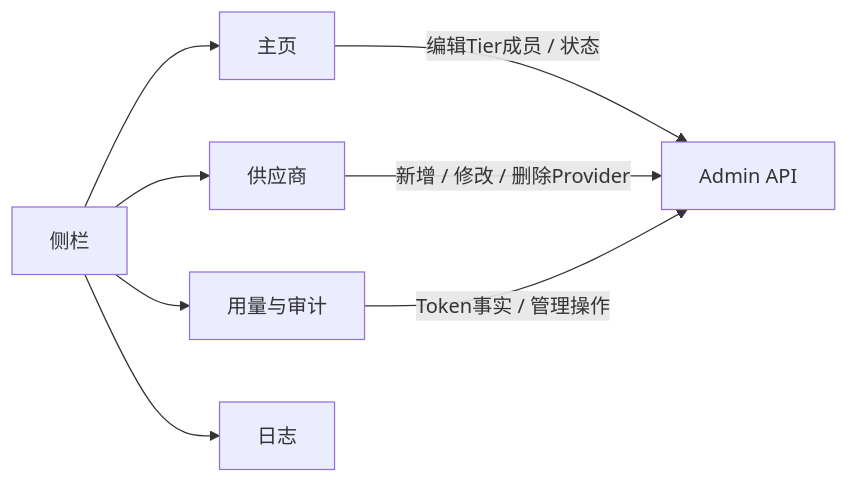
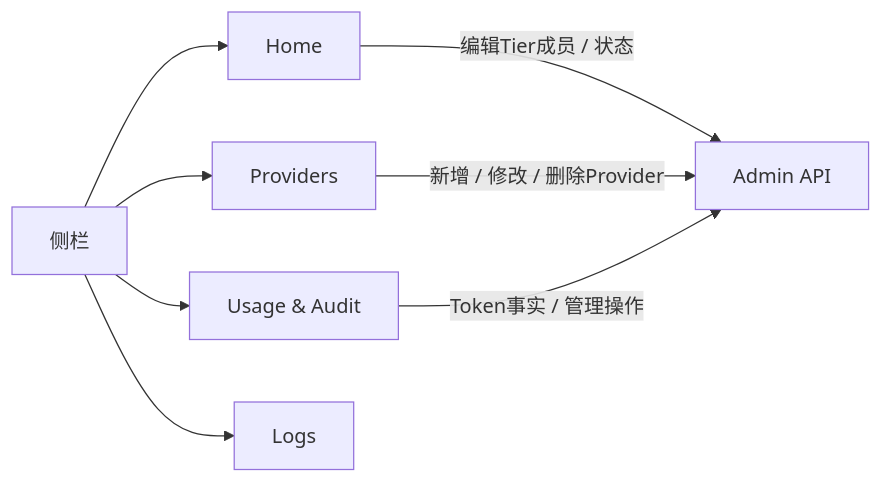
Before and after one commit to corezilla/LLMTier: the sixth of 6 diagrams in docs/20_system_design/llmtier-system-design.md, drawn with Mermaid. The commit also changed other lines of this file and 5 other files, not shown here.

````diff
--- a/docs/20_system_design/llmtier-system-design.md
+++ b/docs/20_system_design/llmtier-system-design.md
@@ -227,10 +227,10 @@
 ```mermaid
 flowchart LR
-  NAV[侧栏] --> HOME[主页]
-  NAV --> PROVIDERS[供应商]
-  NAV --> RECORDS[用量与审计]
-  NAV --> LOGUI[日志]
+  NAV[侧栏] --> HOME[Home]
+  NAV --> PROVIDERS[Providers]
+  NAV --> RECORDS[Usage & Audit]
+  NAV --> LOGUI[Logs]
   HOME -->|编辑Tier成员 / 状态| MAPI[Admin API]
   PROVIDERS -->|新增 / 修改 / 删除Provider| MAPI
   RECORDS -->|Token事实 / 管理操作| MAPI
 ```
````
